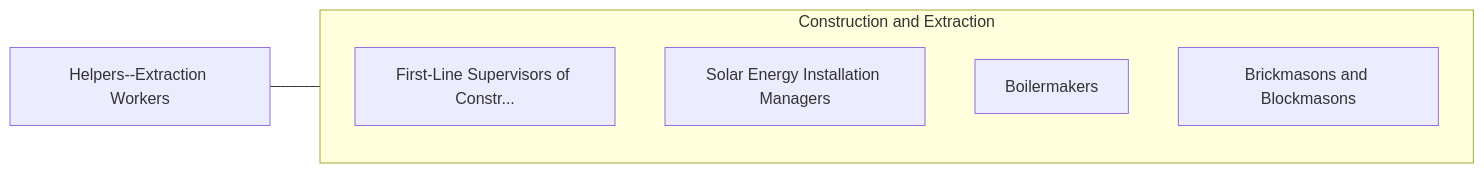
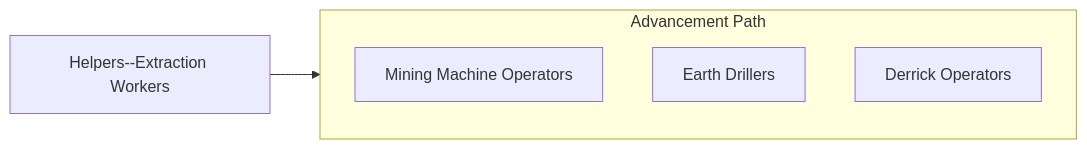
The fourth of 4 diagrams in occupations/Construction/HelpersExtractionWorkers.mdx (kziemski/business.org.ai), drawn with Mermaid before and after one commit. The commit also changed other lines of this file and 938 other files, not shown here.

````diff
--- a/occupations/Construction/HelpersExtractionWorkers.mdx
+++ b/occupations/Construction/HelpersExtractionWorkers.mdx
@@ -102,13 +133,12 @@
 ```mermaid
 graph LR
     Current["Helpers--Extraction Workers"]
 
-    subgraph SameCategory["Construction and Extraction"]
-        FirstLineSupervisors["First-Line Supervisors of Constr..."]
-        SolarEnergyInstallat["Solar Energy Installation Managers"]
-        Boilermakers["Boilermakers"]
-        BrickmasonsAndBlockm["Brickmasons and Blockmasons"]
+    subgraph Advancement["Advancement Path"]
+        Mining["Mining Machine Operators"]
+        Driller["Earth Drillers"]
+        Derrick["Derrick Operators"]
     end
 
-    Current --- SameCategory
+    Current --> Advancement
 ```
````
